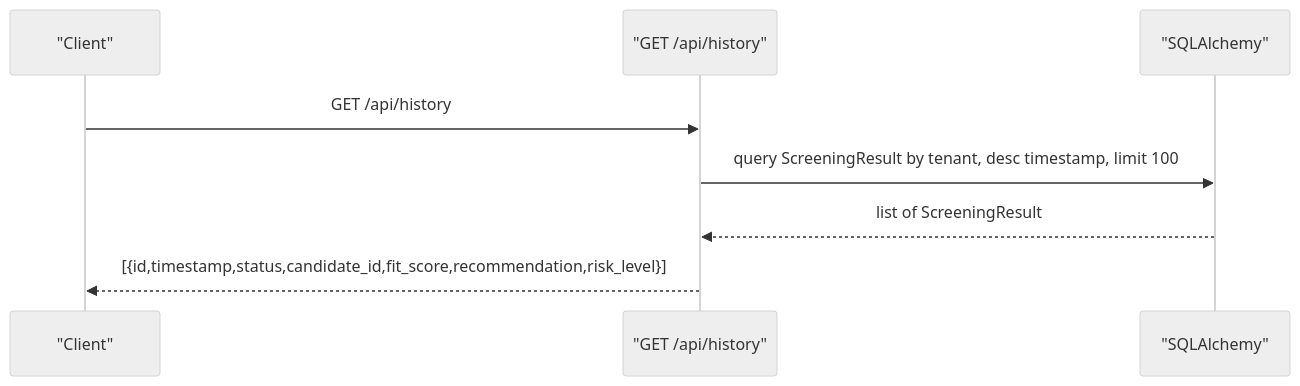
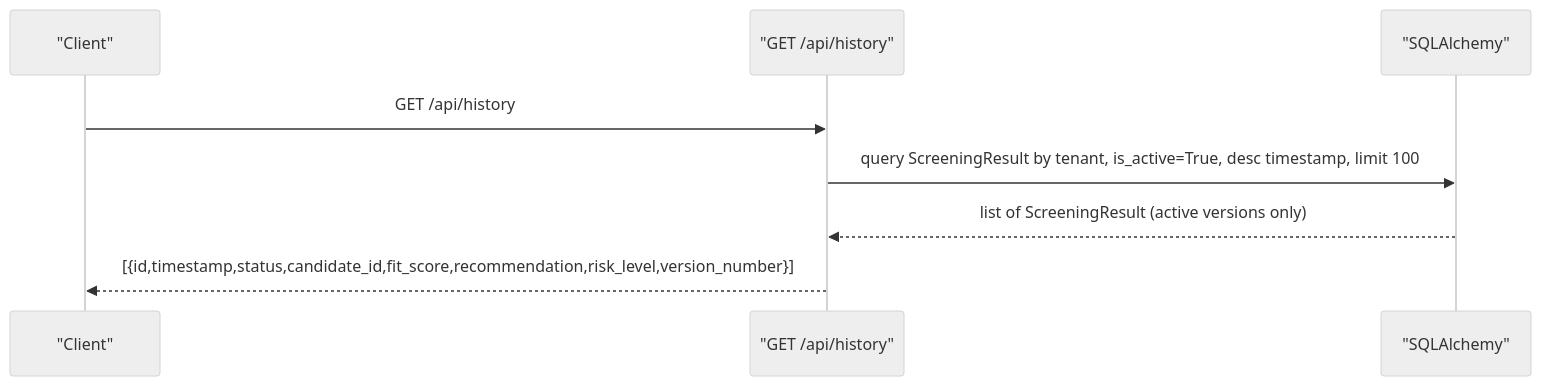
Before and after one commit to Revanththetalogics/aireume: the fourth of 8 diagrams in .qoder/repowiki/en/content/Candidate Management/Analysis History and Tracking.md, drawn with Mermaid (neutral theme). The commit also changed other lines of this file and 20 other files, not shown here.

````diff
--- a/.qoder/repowiki/en/content/Candidate Management/Analysis History and Tracking.md
+++ b/.qoder/repowiki/en/content/Candidate Management/Analysis History and Tracking.md
@@ -185,10 +209,10 @@
 ```mermaid
 sequenceDiagram
 participant Client as "Client"
 participant API as "GET /api/history"
 participant DB as "SQLAlchemy"
 Client->>API : GET /api/history
-API->>DB : query ScreeningResult by tenant, desc timestamp, limit 100
-DB-->>API : list of ScreeningResult
-API-->>Client : [{id,timestamp,status,candidate_id,fit_score,recommendation,risk_level}]
+API->>DB : query ScreeningResult by tenant, is_active=True, desc timestamp, limit 100
+DB-->>API : list of ScreeningResult (active versions only)
+API-->>Client : [{id,timestamp,status,candidate_id,fit_score,recommendation,risk_level,version_number}]
 ```
````
